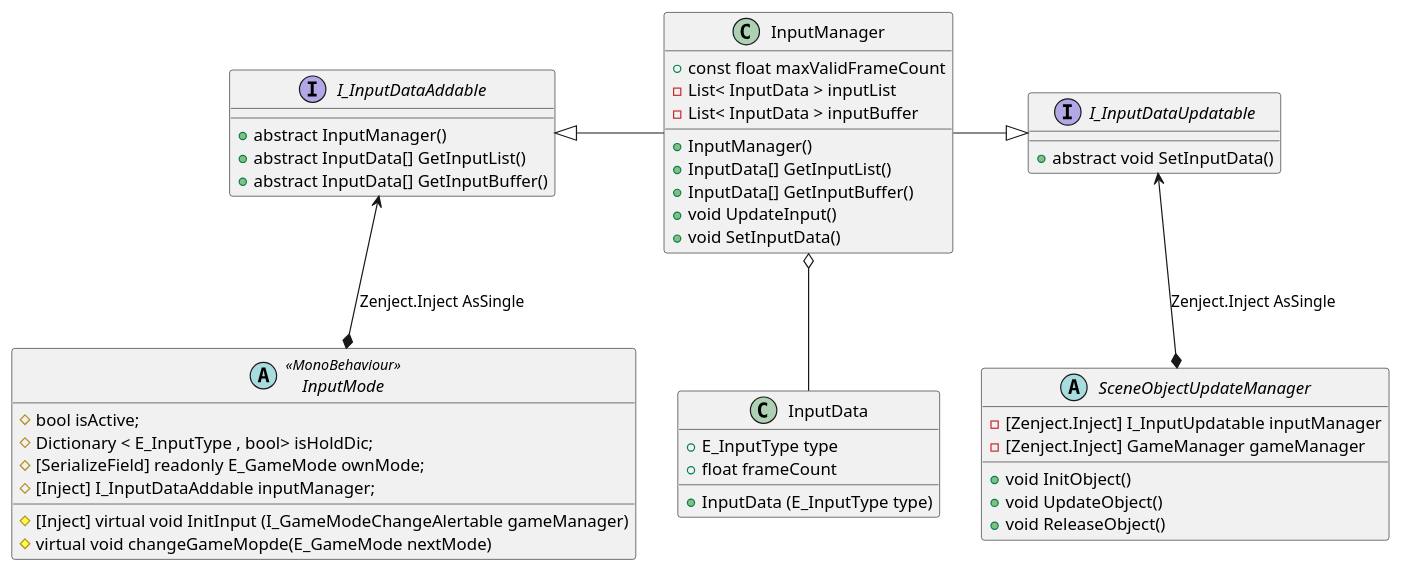
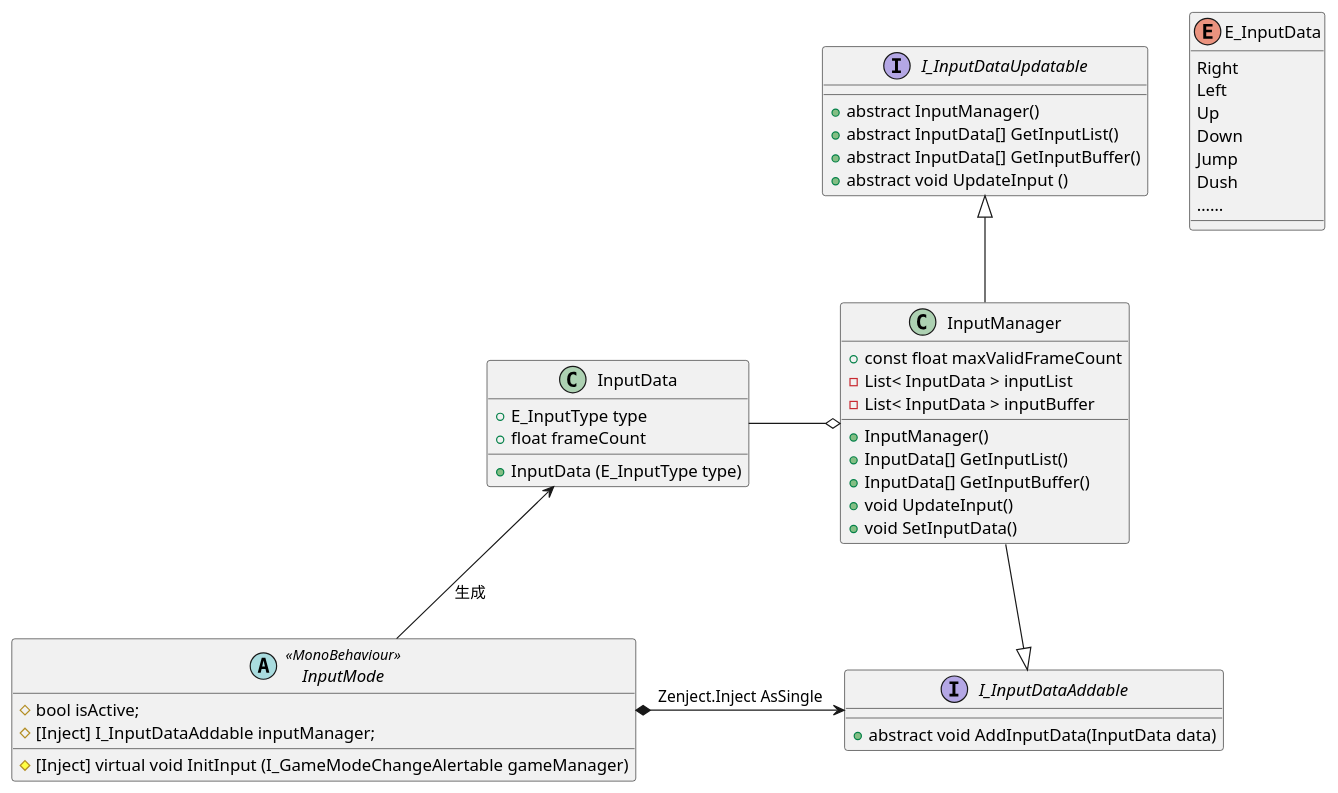
One commit to tezumozu/GameAsetsDev changed the diagram in Unity/Unity1weekAsets/Assets/Script/Inputs/ver1_0/UML/InputManager.pu. Above: the diagram before and after it, drawn with PlantUML. The commit also changed 29 other files, not shown here.

Commit message:
update UML

```diff
--- a/Unity/Unity1weekAsets/Assets/Script/Inputs/ver1_0/UML/InputManager.pu
+++ b/Unity/Unity1weekAsets/Assets/Script/Inputs/ver1_0/UML/InputManager.pu
@@ -1,56 +1,55 @@
 @startuml InputManager
-    class InputManager{
-        + const float maxValidFrameCount
-        - List< InputData > inputList
-        - List< InputData > inputBuffer
+        class InputManager{
+            + const float maxValidFrameCount
+            - List< InputData > inputList
+            - List< InputData > inputBuffer
+            
+            + InputManager()
+            + InputData[] GetInputList()
+            + InputData[] GetInputBuffer()
+            + void UpdateInput()
+            + void SetInputData()
+        }
+
+        abstract class InputMode <<MonoBehaviour>>{
+            # bool isActive;
+            # [Inject] I_InputDataAddable inputManager;
+            
+            # [Inject] virtual void InitInput (I_GameModeChangeAlertable gameManager)
+        }
+
         
-        + InputManager()
-        + InputData[] GetInputList()
-        + InputData[] GetInputBuffer()
-        + void UpdateInput()
-        + void SetInputData()
-    }
+        class InputData{
+            + E_InputType type
+            + float frameCount
+            + InputData (E_InputType type)
+        }
 
-    abstract class InputMode <<MonoBehaviour>>{
-        # bool isActive;
-        # Dictionary < E_InputType , bool> isHoldDic;
-        # [SerializeField] readonly E_GameMode ownMode;
-        # [Inject] I_InputDataAddable inputManager;
-        
-        # [Inject] virtual void InitInput (I_GameModeChangeAlertable gameManager)
-        # virtual void changeGameMopde(E_GameMode nextMode)
-    }
+        interface I_InputDataAddable{
+            + abstract void AddInputData(InputData data)
+        }
 
+        interface I_InputDataUpdatable{
+            + abstract InputManager()
+            + abstract InputData[] GetInputList()
+            + abstract InputData[] GetInputBuffer()
+            + abstract void UpdateInput ()
+        }
+
+        Enum E_InputData {
+            Right
+            Left
+            Up
+            Down
+            Jump
+            Dush 
+            ……
+        }
     
-    class InputData{
-        + E_InputType type
-        + float frameCount
-        + InputData (E_InputType type)
-    }
+    InputManager -down-|> I_InputDataAddable
+    InputManager -up-|> I_InputDataUpdatable
+    InputManager o-left- InputData
+    InputMode -up-> InputData : 生成
 
-    abstract class SceneObjectUpdateManager{
-        - [Zenject.Inject] I_InputUpdatable inputManager
-        - [Zenject.Inject] GameManager gameManager
-
-        + void InitObject()
-        + void UpdateObject()
-        + void ReleaseObject()
-    }
-
-    interface I_InputDataAddable{
-        + abstract InputManager()
-        + abstract InputData[] GetInputList()
-        + abstract InputData[] GetInputBuffer()
-    }
-
-    interface I_InputDataUpdatable{
-        + abstract void SetInputData()
-    }
-
-    InputManager -left-|> I_InputDataAddable
-    InputManager -right-|> I_InputDataUpdatable
-    InputManager o-- InputData
-
-    InputMode *-up-> I_InputDataAddable : Zenject.Inject AsSingle
-    SceneObjectUpdateManager *-up-> I_InputDataUpdatable : Zenject.Inject AsSingle
+    InputMode *-right-> I_InputDataAddable : Zenject.Inject AsSingle
 @enduml
```
